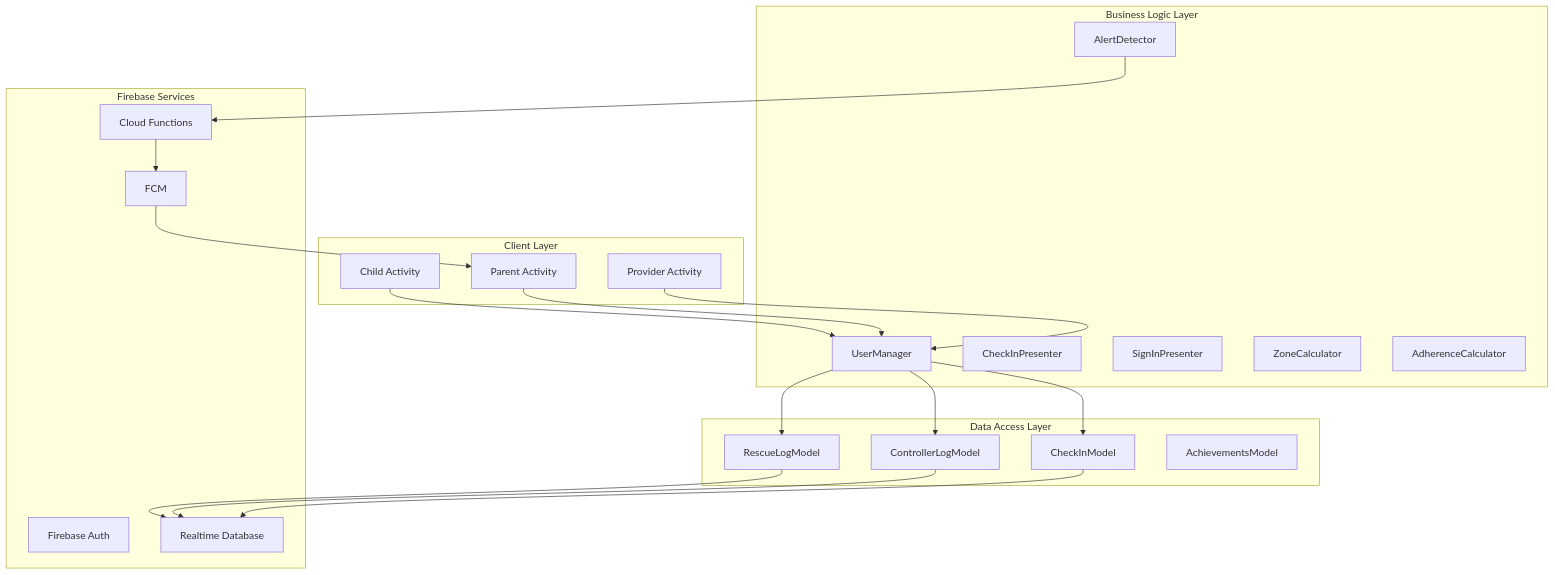
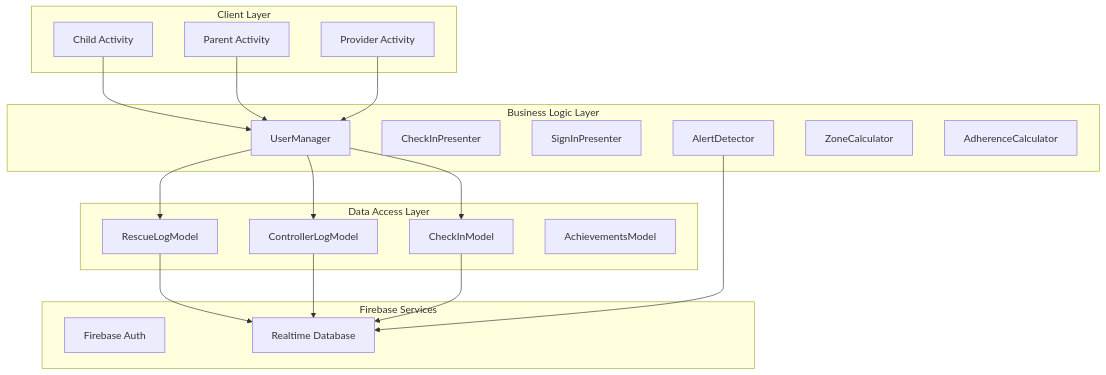
The ninth of 17 diagrams in README.md (billy-enrizky/Smart-AIR), drawn with Mermaid before and after one commit. The commit also changed other lines of this file, not shown here.

````diff
--- a/README.md
+++ b/README.md
@@ -408,47 +401,43 @@
 ```mermaid
 graph TB
     subgraph "Client Layer"
         A1[Child Activity]
         A2[Parent Activity]
         A3[Provider Activity]
     end
     
     subgraph "Business Logic Layer"
         B1[UserManager]
         B2[CheckInPresenter]
         B3[SignInPresenter]
         B4[AlertDetector]
         B5[ZoneCalculator]
         B6[AdherenceCalculator]
     end
     
     subgraph "Data Access Layer"
         C1[RescueLogModel]
         C2[ControllerLogModel]
         C3[CheckInModel]
         C4[AchievementsModel]
     end
     
     subgraph "Firebase Services"
         D1[Firebase Auth]
         D2[Realtime Database]
-        D3[Cloud Functions]
-        D4[FCM]
     end
     
     A1 --> B1
     A2 --> B1
     A3 --> B1
     
     B1 --> C1
     B1 --> C2
     B1 --> C3
     
     C1 --> D2
     C2 --> D2
     C3 --> D2
     
-    B4 --> D3
-    D3 --> D4
-    D4 --> A2
+    B4 --> D2
 ```
````
